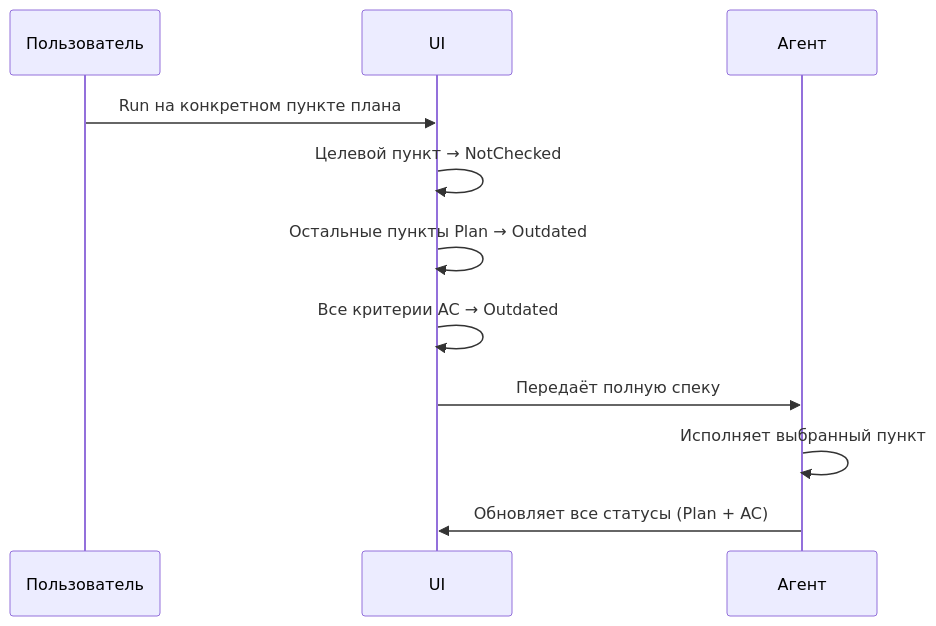
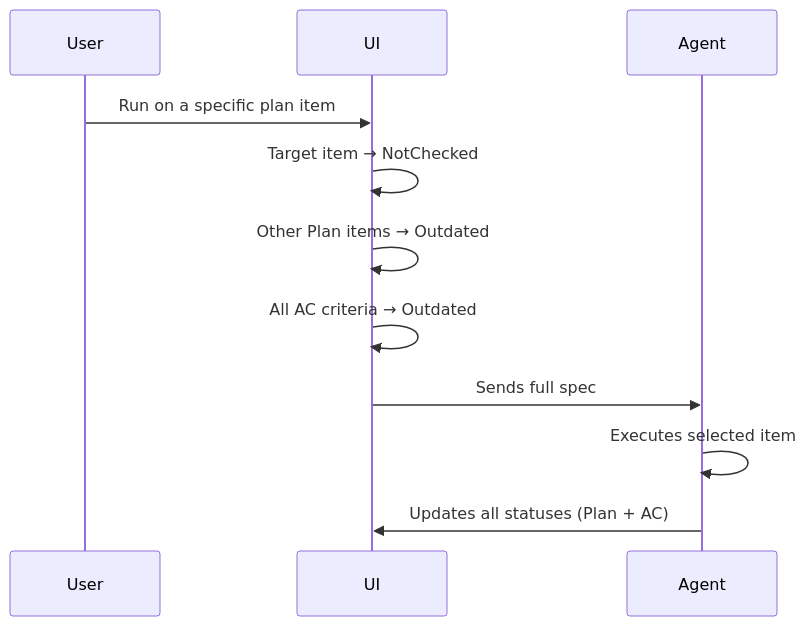
Before and after one commit to NiplusM/SDD: the fifth of 6 diagrams in spec-flow.md, drawn with Mermaid. The commit also changed other lines of this file, not shown here.

First line of the commit message:
spec-flow: rewrite state names, transitions, and content in English

````diff
--- a/spec-flow.md
+++ b/spec-flow.md
@@ -266,15 +230,15 @@
 ```mermaid
 sequenceDiagram
-    participant U as Пользователь
+    participant U as User
     participant UI as UI
-    participant A as Агент
+    participant A as Agent
 
-    U->>UI: Run на конкретном пункте плана
-    UI->>UI: Целевой пункт → NotChecked
-    UI->>UI: Остальные пункты Plan → Outdated
-    UI->>UI: Все критерии AC → Outdated
-    UI->>A: Передаёт полную спеку
+    U->>UI: Run on a specific plan item
+    UI->>UI: Target item → NotChecked
+    UI->>UI: Other Plan items → Outdated
+    UI->>UI: All AC criteria → Outdated
+    UI->>A: Sends full spec
 
-    A->>A: Исполняет выбранный пункт
-    A->>UI: Обновляет все статусы (Plan + AC)
+    A->>A: Executes selected item
+    A->>UI: Updates all statuses (Plan + AC)
 ```
````
